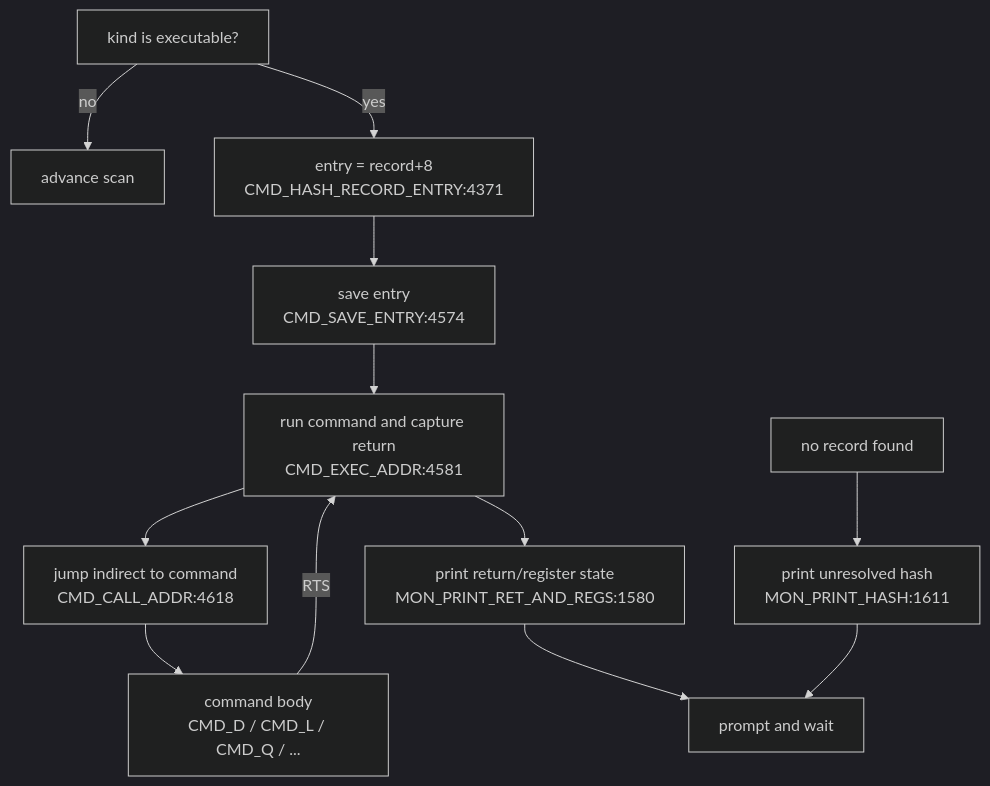
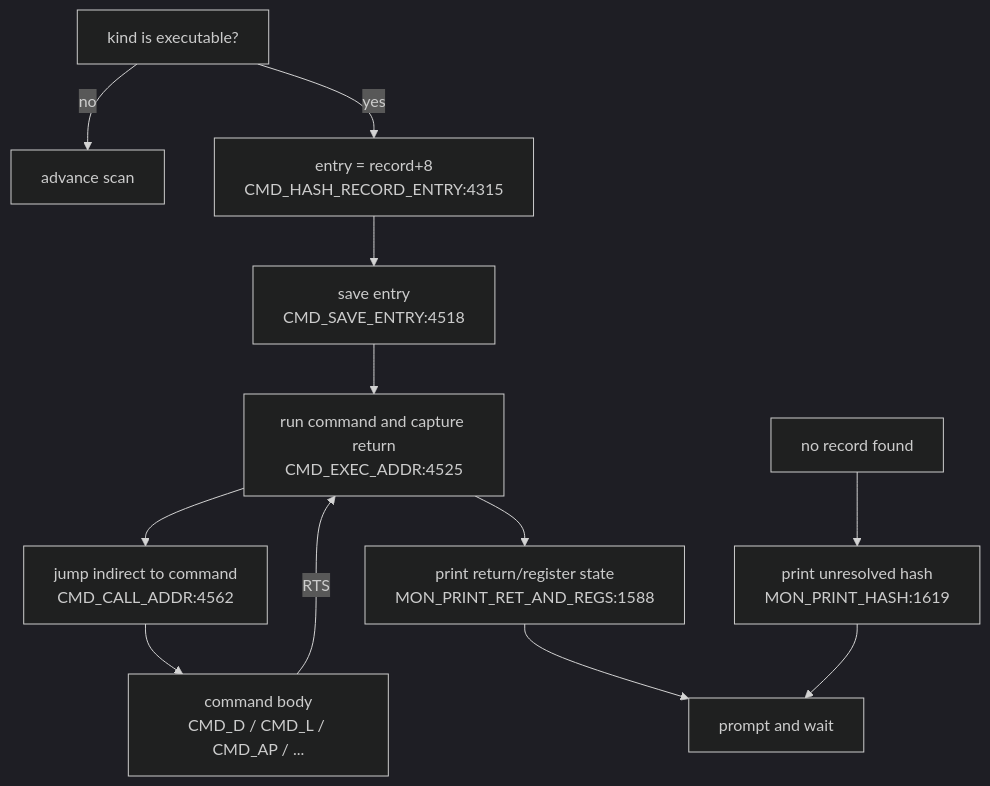
The fourth of 4 diagrams in DOC/GENERATED/CMD_FLOW_MAP.md (95westus/R-YORS), drawn with Mermaid (dark theme) before and after one commit. The commit also changed other lines of this file and 94 other files, not shown here.

````diff
--- a/DOC/GENERATED/CMD_FLOW_MAP.md
+++ b/DOC/GENERATED/CMD_FLOW_MAP.md
@@ -58,14 +58,14 @@
 ```mermaid
 flowchart TD
     EXECOK["kind is executable?"] -->|no| ADV["advance scan"]
-    EXECOK -->|yes| ENTRY["entry = record+8<br/>CMD_HASH_RECORD_ENTRY:4371"]
-    ENTRY --> SAVEENTRY["save entry<br/>CMD_SAVE_ENTRY:4574"]
-    SAVEENTRY --> RUN["run command and capture return<br/>CMD_EXEC_ADDR:4581"]
-    RUN --> CALL["jump indirect to command<br/>CMD_CALL_ADDR:4618"]
-    CALL --> BODY["command body<br/>CMD_D / CMD_L / CMD_Q / ..."]
+    EXECOK -->|yes| ENTRY["entry = record+8<br/>CMD_HASH_RECORD_ENTRY:4315"]
+    ENTRY --> SAVEENTRY["save entry<br/>CMD_SAVE_ENTRY:4518"]
+    SAVEENTRY --> RUN["run command and capture return<br/>CMD_EXEC_ADDR:4525"]
+    RUN --> CALL["jump indirect to command<br/>CMD_CALL_ADDR:4562"]
+    CALL --> BODY["command body<br/>CMD_D / CMD_L / CMD_AP / ..."]
     BODY -->|RTS| RUN
-    RUN --> RETPRINT["print return/register state<br/>MON_PRINT_RET_AND_REGS:1580"]
+    RUN --> RETPRINT["print return/register state<br/>MON_PRINT_RET_AND_REGS:1588"]
     RETPRINT --> LOOP["prompt and wait"]
-    MISS["no record found"] --> PRHASH["print unresolved hash<br/>MON_PRINT_HASH:1611"]
+    MISS["no record found"] --> PRHASH["print unresolved hash<br/>MON_PRINT_HASH:1619"]
     PRHASH --> LOOP
 ```
````
